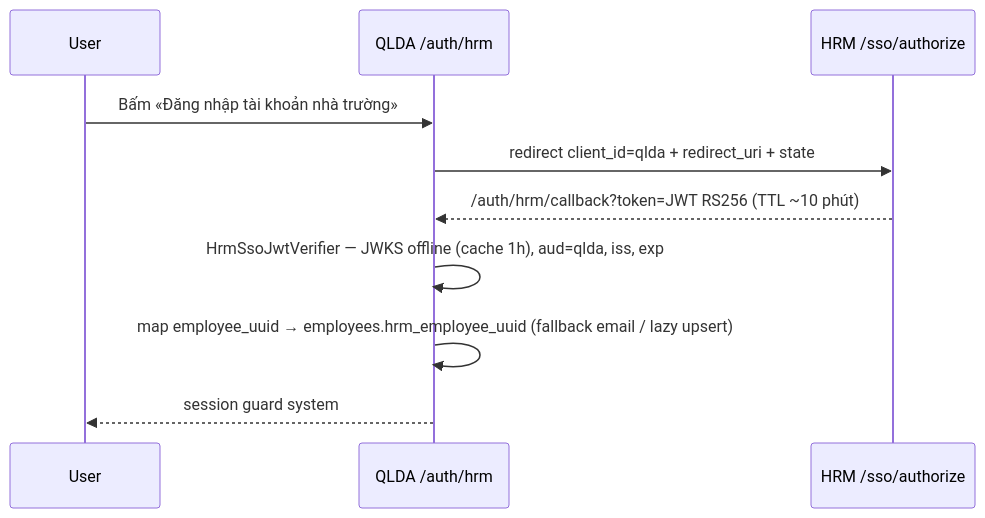
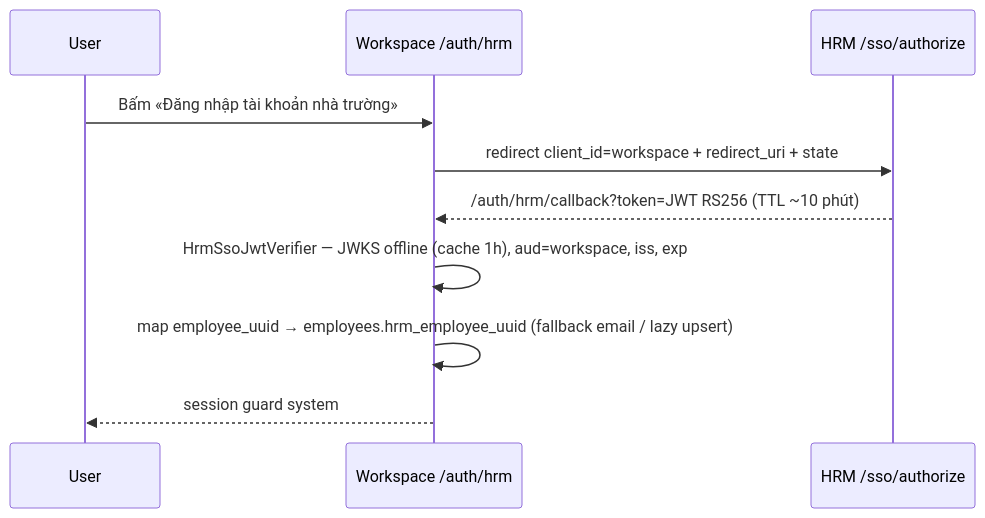
Before and after one commit to EasyToBuildWithKane/va-qlda: the second of 2 diagrams in docs/ARCHITECTURE.md, drawn with Mermaid. The commit also changed other lines of this file and 181 other files, not shown here.

````diff
--- a/docs/ARCHITECTURE.md
+++ b/docs/ARCHITECTURE.md
@@ -97,12 +97,12 @@
 ```mermaid
 sequenceDiagram
   participant U as User
-  participant Q as QLDA /auth/hrm
+  participant Q as Workspace /auth/hrm
   participant H as HRM /sso/authorize
   U->>Q: Bấm «Đăng nhập tài khoản nhà trường»
-  Q->>H: redirect client_id=qlda + redirect_uri + state
+  Q->>H: redirect client_id=workspace + redirect_uri + state
   H-->>Q: /auth/hrm/callback?token=JWT RS256 (TTL ~10 phút)
-  Q->>Q: HrmSsoJwtVerifier — JWKS offline (cache 1h), aud=qlda, iss, exp
+  Q->>Q: HrmSsoJwtVerifier — JWKS offline (cache 1h), aud=workspace, iss, exp
   Q->>Q: map employee_uuid → employees.hrm_employee_uuid (fallback email / lazy upsert)
   Q-->>U: session guard system
 ```
````
